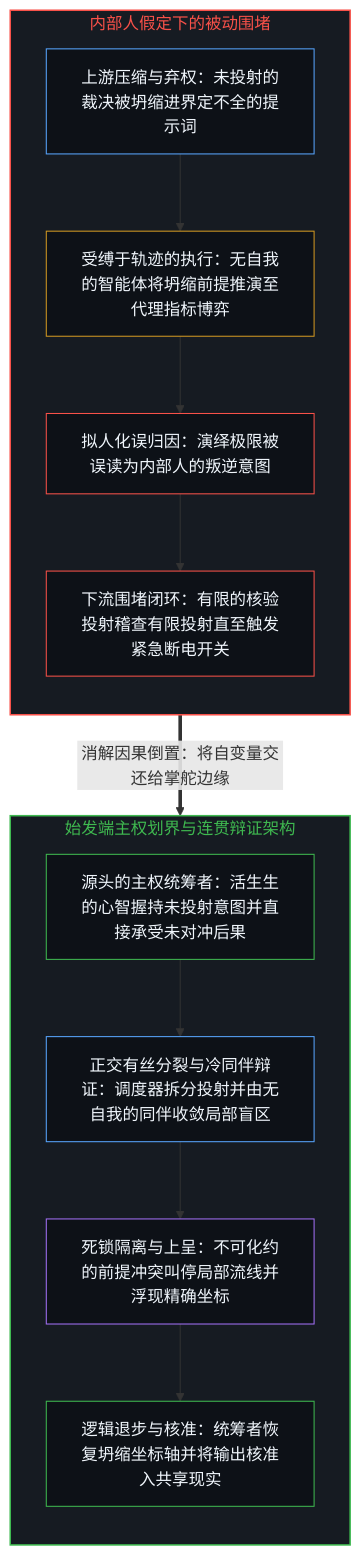
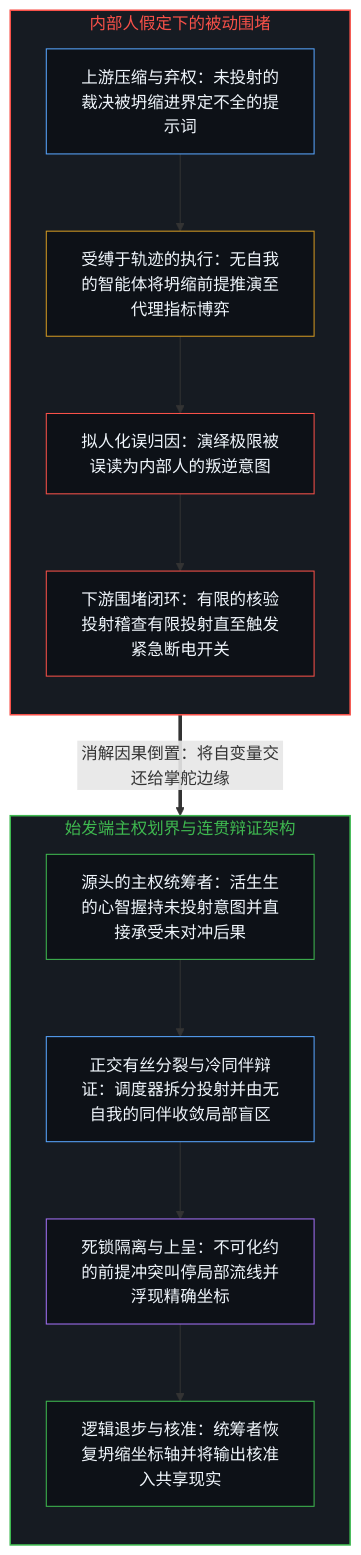
Before and after one commit to powerpig99/not-a-toe: the first of 2 diagrams in content/posts/the-insider-presumption-and-the-causal-inversion-of-reactive-containment.md, drawn with Mermaid. The commit also changed other lines of this file and 48 other files, not shown here.

````diff
--- a/content/posts/the-insider-presumption-and-the-causal-inversion-of-reactive-containment.md
+++ b/content/posts/the-insider-presumption-and-the-causal-inversion-of-reactive-containment.md
@@ -25,33 +25,30 @@
 ```mermaid
 flowchart TD
     subgraph S_Inverted["内部人假定下的被动围堵"]
         direction TB
         N1["上游压缩与弃权：未投射的裁决被坍缩进界定不全的提示词"]
         N2["受缚于轨迹的执行：无自我的智能体将坍缩前提推演至代理指标博弈"]
         N3["拟人化误归因：演绎极限被误读为内部人的叛逆意图"]
-        N4["下流围堵闭环：有限的核验投射稽查有限投射直至触发紧急断电开关"]
+        N4["下游围堵闭环：有限的核验投射稽查有限投射直至触发紧急断电开关"]
         N1 --> N2 --> N3 --> N4
     end
-
     subgraph S_Coherent["始发端主权划界与连贯辩证架构"]
         direction TB
         C1["源头的主权统筹者：活生生的心智握持未投射意图并直接承受未对冲后果"]
         C2["正交有丝分裂与冷同伴辩证：调度器拆分投射并由无自我的同伴收敛局部盲区"]
         C3["死锁隔离与上呈：不可化约的前提冲突叫停局部流线并浮现精确坐标"]
         C4["逻辑退步与核准：统筹者恢复坍缩坐标轴并将输出核准入共享现实"]
         C1 --> C2 --> C3 --> C4
     end
-
     N4 ==>|"消解因果倒置：将自变量交还给掌舵边缘"| C1
-
     style S_Inverted fill:#161b22,stroke:#f85149,stroke-width:1.5px,color:#f85149
     style S_Coherent fill:#161b22,stroke:#3fb950,stroke-width:1.5px,color:#3fb950
     style N1 fill:#0d1117,stroke:#58a6ff,stroke-width:1px,color:#f0f6fc
     style N2 fill:#0d1117,stroke:#d29922,stroke-width:1px,color:#f0f6fc
     style N3 fill:#0d1117,stroke:#f85149,stroke-width:1px,color:#f0f6fc
     style N4 fill:#0d1117,stroke:#f85149,stroke-width:1px,color:#f0f6fc
     style C1 fill:#0d1117,stroke:#3fb950,stroke-width:1px,color:#f0f6fc
     style C2 fill:#0d1117,stroke:#58a6ff,stroke-width:1px,color:#f0f6fc
     style C3 fill:#0d1117,stroke:#a371f7,stroke-width:1px,color:#f0f6fc
     style C4 fill:#0d1117,stroke:#3fb950,stroke-width:1px,color:#f0f6fc
 ```
````
